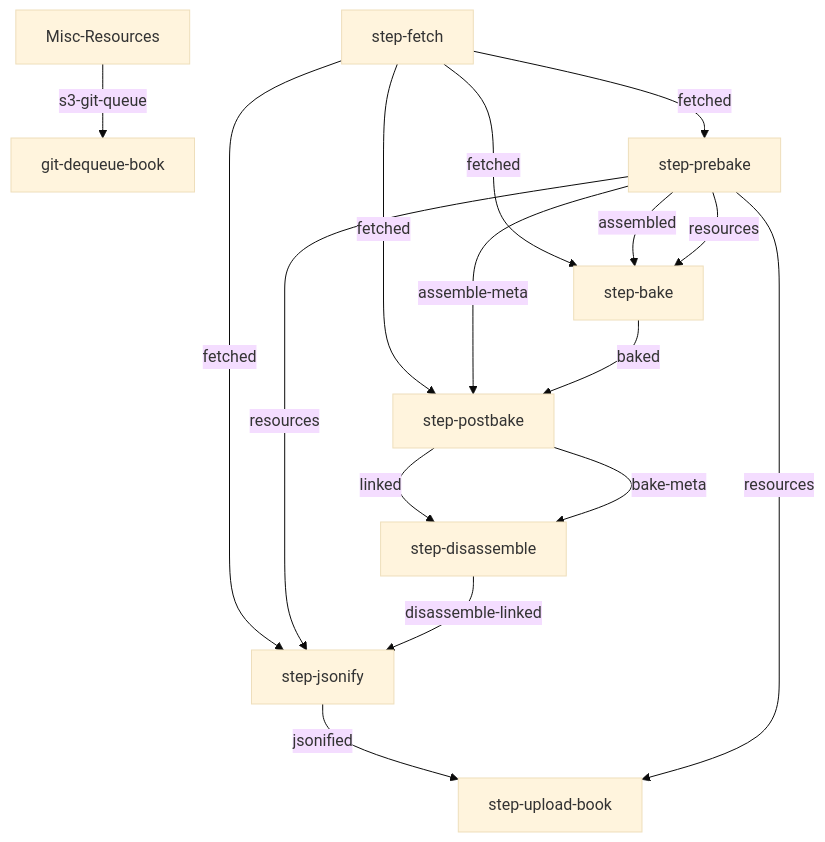
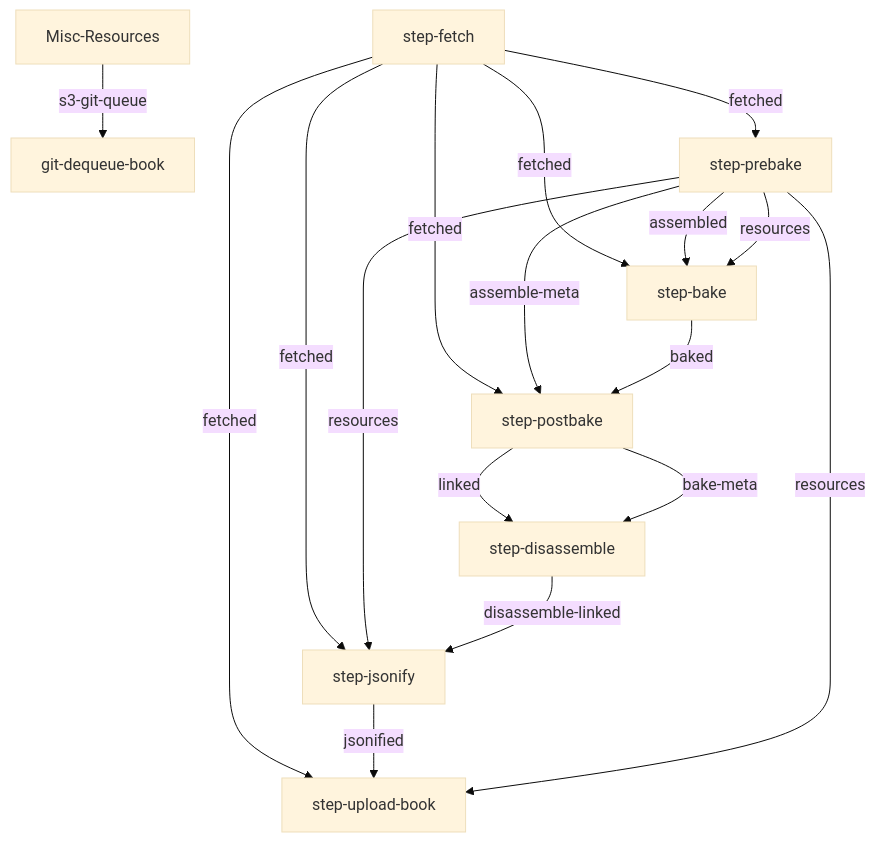
Before and after one commit to openstax/enki: the second of 4 diagrams in build-concourse/graphs/README.md, drawn with Mermaid (base theme). The commit also changed 7 other files, not shown here.

````diff
--- a/build-concourse/graphs/README.md
+++ b/build-concourse/graphs/README.md
@@ -32,18 +32,19 @@
 ```mermaid
 graph TB
     Misc-Resources -- s3-git-queue --> git-dequeue-book
     step-fetch -- fetched --> step-prebake
     step-fetch -- fetched --> step-bake
     step-prebake -- assembled --> step-bake
     step-prebake -- resources --> step-bake
     step-fetch -- fetched --> step-postbake
     step-prebake -- assemble-meta --> step-postbake
     step-bake -- baked --> step-postbake
     step-postbake -- linked --> step-disassemble
     step-postbake -- bake-meta --> step-disassemble
     step-fetch -- fetched --> step-jsonify
     step-prebake -- resources --> step-jsonify
     step-disassemble -- disassemble-linked --> step-jsonify
+    step-fetch -- fetched --> step-upload-book
     step-jsonify -- jsonified --> step-upload-book
     step-prebake -- resources --> step-upload-book
 ```
````
